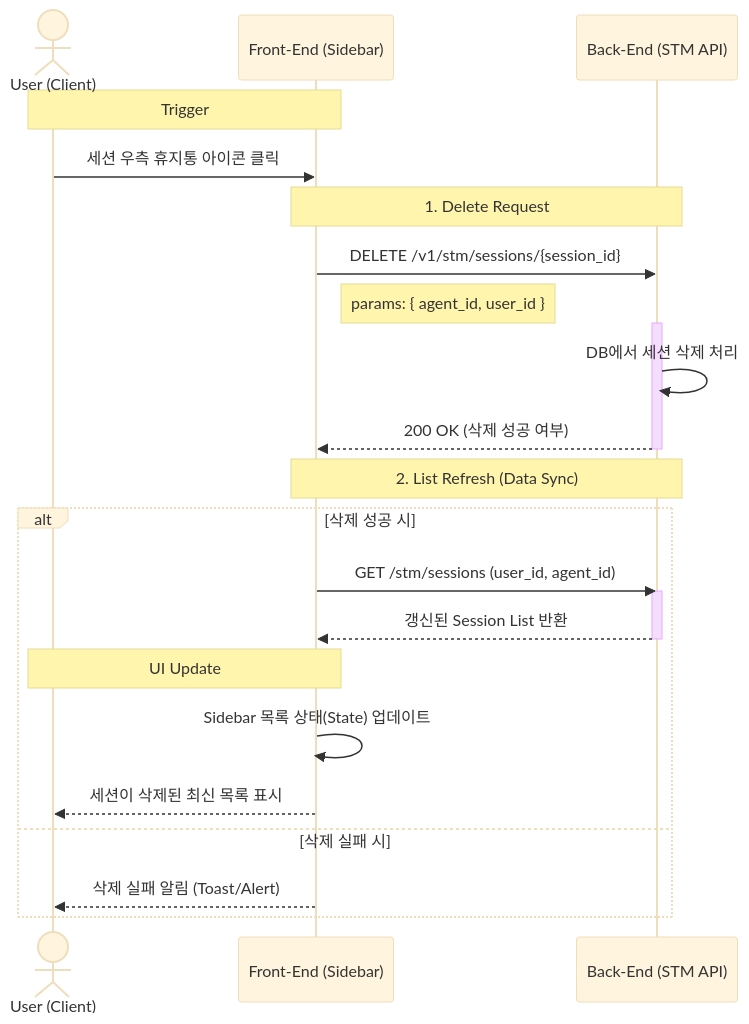
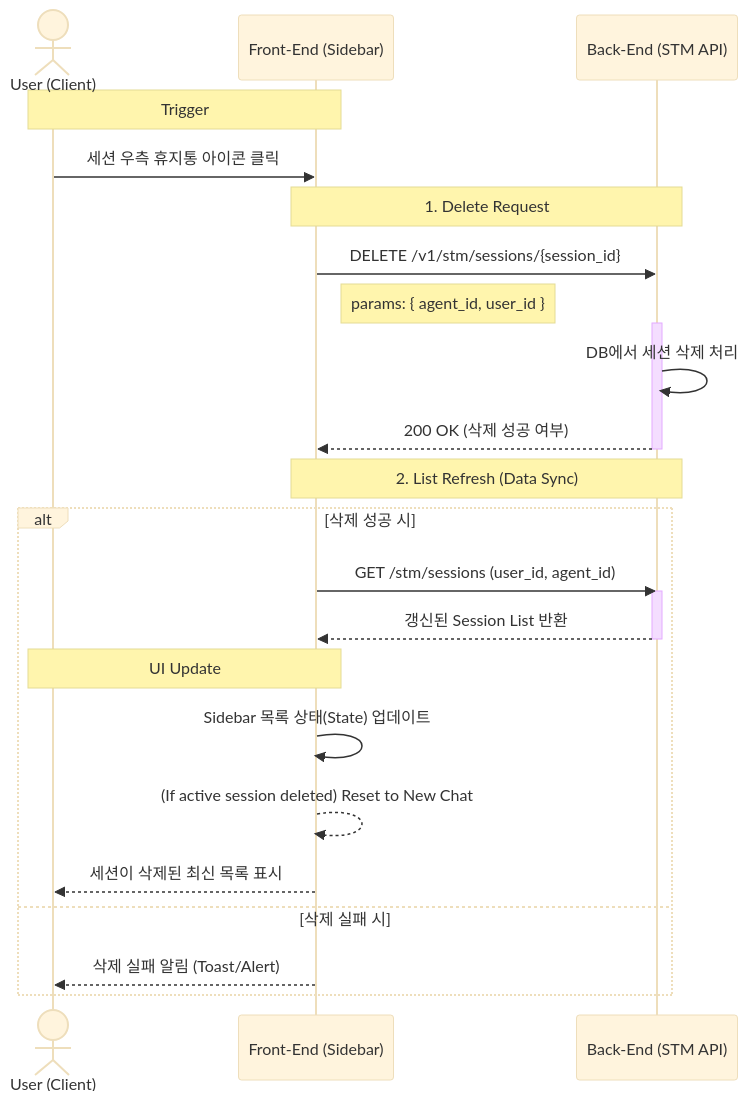
One commit to yw0nam/Open-LLM-VTuber-Web changed the diagram in docs/data_flow/session/DELETE_SESSION.md. Above: the diagram before and after it, drawn with Mermaid (base theme). The commit also changed other lines of this file and 3 other files, not shown here.

````diff
--- a/docs/data_flow/session/DELETE_SESSION.md
+++ b/docs/data_flow/session/DELETE_SESSION.md
@@ -5,31 +5,32 @@
 ```mermaid
 sequenceDiagram
     actor User as User (Client)
     participant FE as Front-End (Sidebar)
     participant BE as Back-End (STM API)
 
     Note over User, FE: Trigger
     User->>FE: 세션 우측 휴지통 아이콘 클릭
 
     Note over FE, BE: 1. Delete Request
     FE->>BE: DELETE /v1/stm/sessions/{session_id}
     Note right of FE: params: { agent_id, user_id }
     activate BE
     BE->>BE: DB에서 세션 삭제 처리
     BE-->>FE: 200 OK (삭제 성공 여부)
     deactivate BE
 
     Note over FE, BE: 2. List Refresh (Data Sync)
     alt 삭제 성공 시
         FE->>BE: GET /stm/sessions (user_id, agent_id)
         activate BE
         BE-->>FE: 갱신된 Session List 반환
         deactivate BE
         
         Note over FE, User: UI Update
         FE->>FE: Sidebar 목록 상태(State) 업데이트
+        FE-->>FE: (If active session deleted) Reset to New Chat
         FE-->>User: 세션이 삭제된 최신 목록 표시
     else 삭제 실패 시
         FE-->>User: 삭제 실패 알림 (Toast/Alert)
     end
 ```
````
